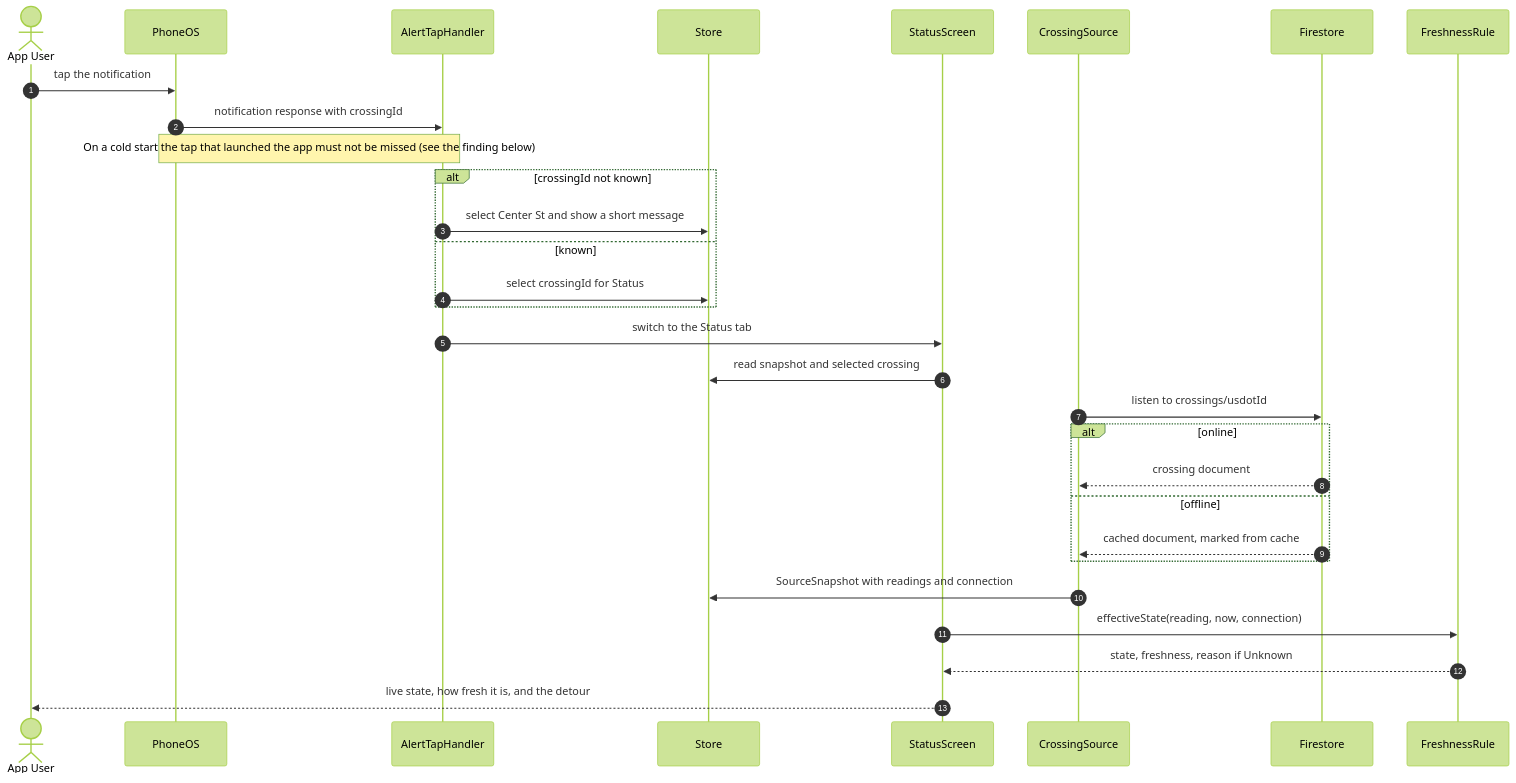
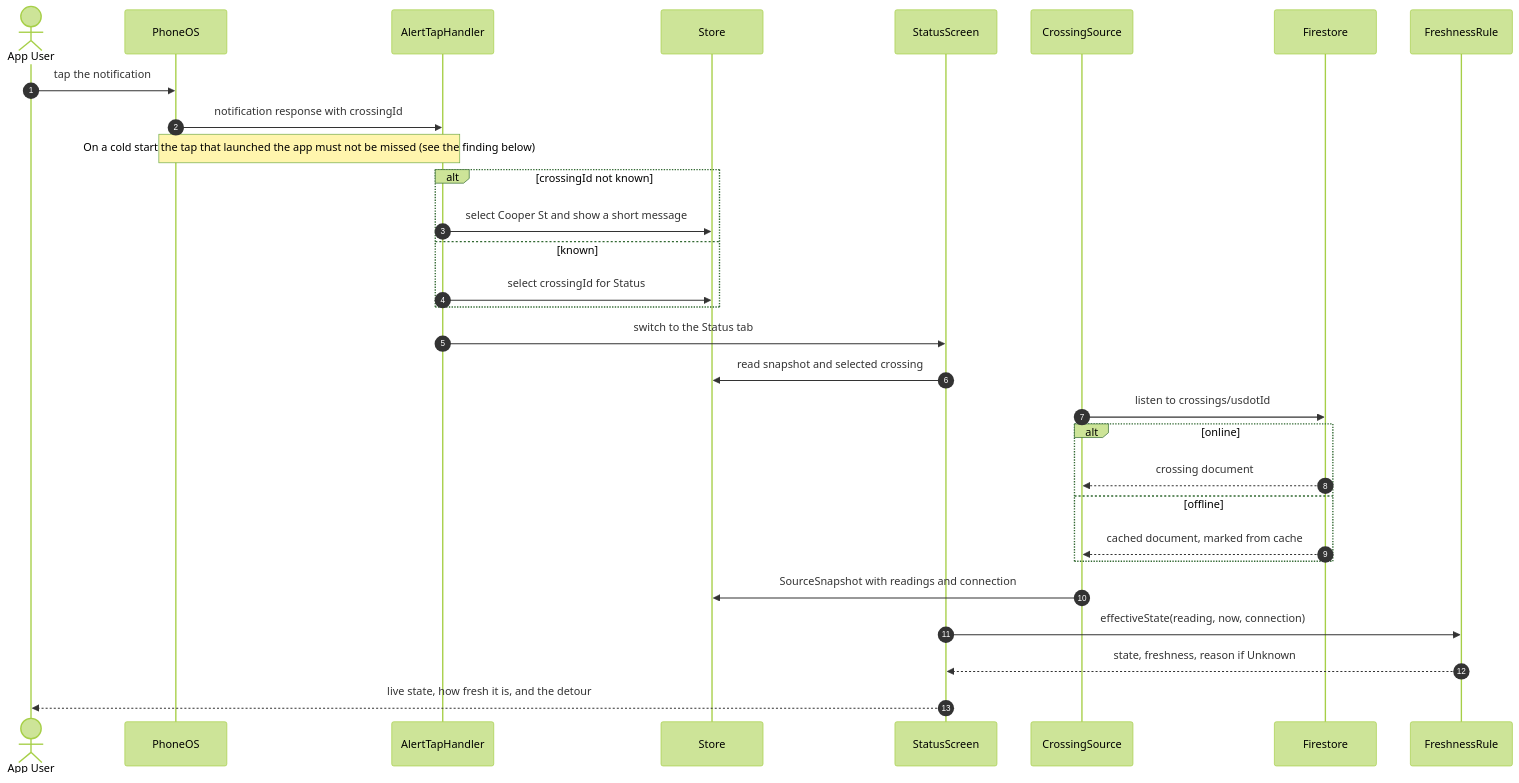
The tenth of 11 diagrams in docs/artifacts/blueprint/05_sequence_diagrams.md (Fcorre000/mavradar), drawn with Mermaid (forest theme) before and after one commit. The commit also changed other lines of this file and 20 other files, not shown here.

````diff
--- a/docs/artifacts/blueprint/05_sequence_diagrams.md
+++ b/docs/artifacts/blueprint/05_sequence_diagrams.md
@@ -486,33 +486,33 @@
 ```mermaid
 sequenceDiagram
     autonumber
     actor User as App User
     participant OS as PhoneOS
     participant ATH as AlertTapHandler
     participant ST as Store
     participant SS as StatusScreen
     participant CS as CrossingSource
     participant FS as Firestore
     participant FR as FreshnessRule
 
     User->>OS: tap the notification
     OS->>ATH: notification response with crossingId
     Note over OS,ATH: On a cold start the tap that launched the app must not be missed (see the finding below)
     alt crossingId not known
-        ATH->>ST: select Center St and show a short message
+        ATH->>ST: select Cooper St and show a short message
     else known
         ATH->>ST: select crossingId for Status
     end
     ATH->>SS: switch to the Status tab
     SS->>ST: read snapshot and selected crossing
     CS->>FS: listen to crossings/usdotId
     alt online
         FS-->>CS: crossing document
     else offline
         FS-->>CS: cached document, marked from cache
     end
     CS->>ST: SourceSnapshot with readings and connection
     SS->>FR: effectiveState(reading, now, connection)
     FR-->>SS: state, freshness, reason if Unknown
     SS-->>User: live state, how fresh it is, and the detour
 ```
````
